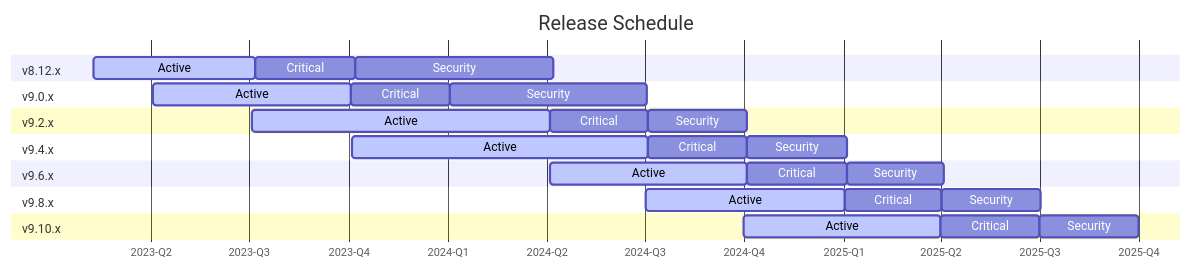
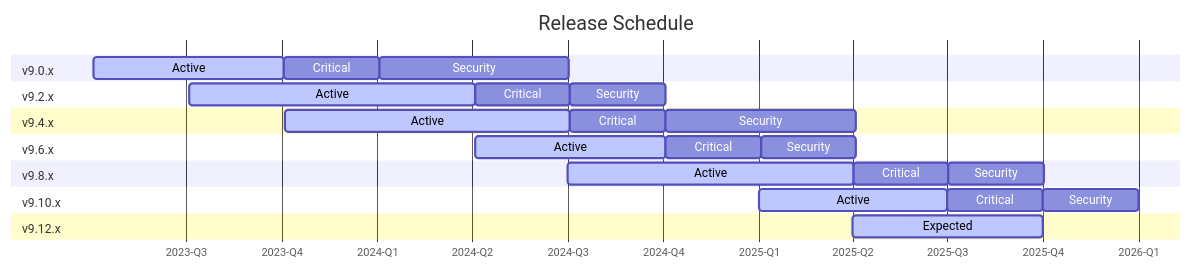
One commit to hpcc-systems/HPCC-Platform changed the diagram in README.md. Above: the diagram before and after it, drawn with Mermaid. The commit also changed other lines of this file, not shown here.

Commit message:
Update the active versions in README.md

````diff
--- a/README.md
+++ b/README.md
@@ -18,38 +18,36 @@
 ```mermaid
 ---
 displayMode: compact
 ---
 gantt
     title Release Schedule
     axisFormat %Y-Q%q
     tickInterval 3month
     dateFormat YYYY-MM-DD
-    section v8.12.x
-        Active:          active, 2023-02-07, 5M
-        Critical:        3M
-        Security:        6M
     section v9.0.x
         Active:          active, 2023-04-03, 6M
         Critical:        3M
         Security:        6M
     section v9.2.x
         Active:          active, 2023-07-04, 9M
         Critical:        3M
         Security:        3M
     section v9.4.x
         Active:          active, 2023-10-04, 9M
         Critical:        3M
-        Security:        3M
+        Security:        6M
     section v9.6.x
         Active:          active, 2024-04-04, 6M
         Critical:        3M
         Security:        3M
     section v9.8.x
-        Active:          active, 2024-07-02, 6M
+        Active:          active, 2024-07-02, 9M
         Critical:        3M
         Security:        3M
     section v9.10.x
-        Active:          active, 2024-10-01, 6M
+        Active:          active, 2025-01-01, 6M
         Critical:        3M
         Security:        3M
+    section v9.12.x
+        Expected:        active, 2025-04-01, 6M
 ```
````
